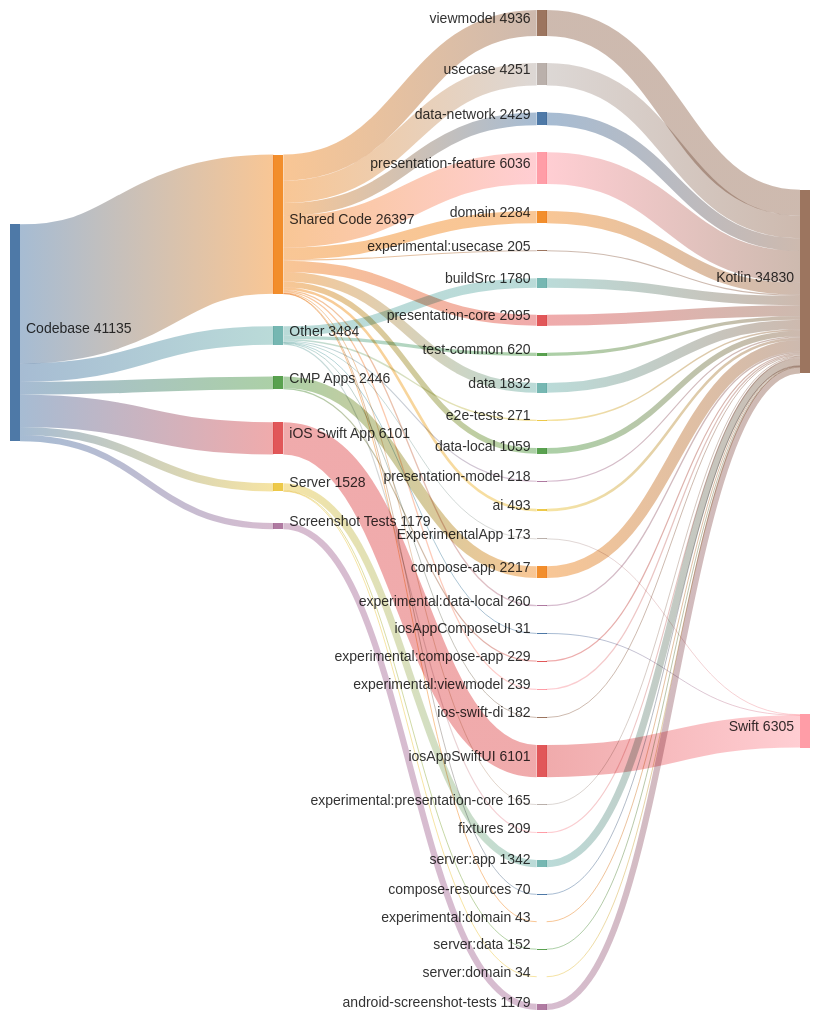
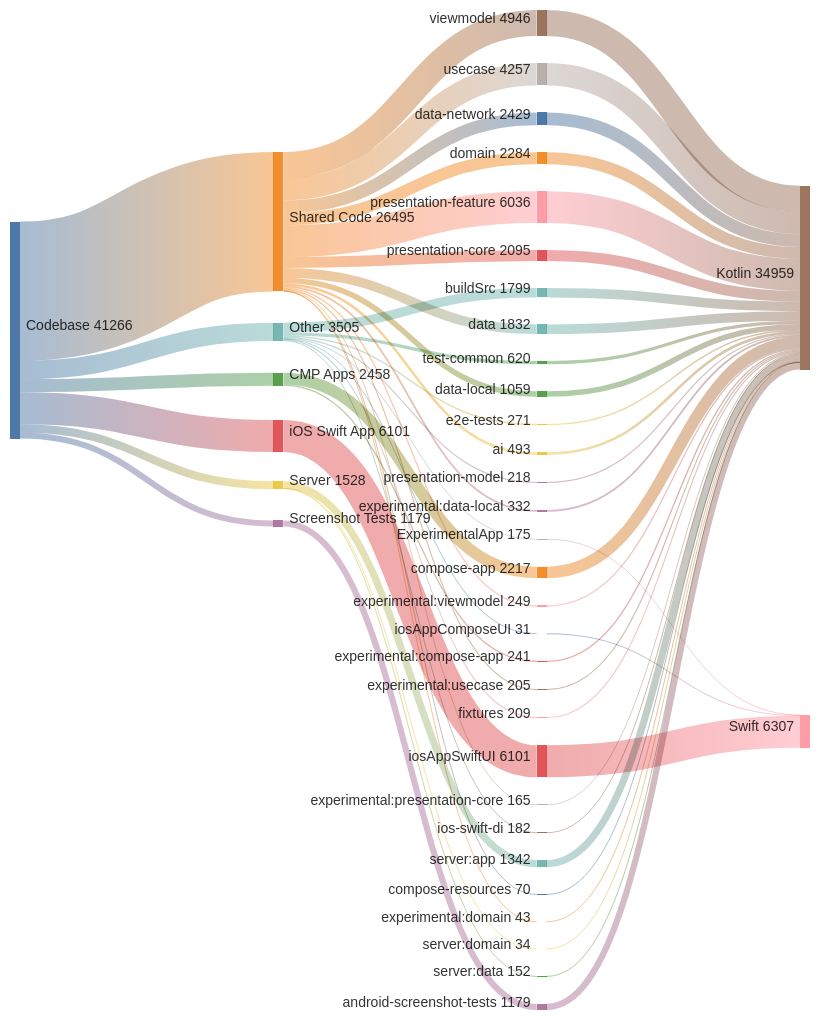
One commit to cartland/battery-butler changed the second of 2 diagrams in README.md. Above: the diagram before and after it, drawn with Mermaid. The commit also changed 2 other files, not shown here.

Commit message:
docs(generated): Regenerate architecture diagrams and analysis (#1004)

```diff
--- a/README.md
+++ b/README.md
@@ -213,24 +213,24 @@
 %% GENERATED FILE - DO NOT EDIT
 sankey-beta
 
-Codebase,Shared Code,26397
+Codebase,Shared Code,26495
 Codebase,iOS Swift App,6101
-Codebase,Other,3484
-Codebase,CMP Apps,2446
+Codebase,Other,3505
+Codebase,CMP Apps,2458
 Codebase,Server,1528
 Codebase,Screenshot Tests,1179
 
 Shared Code,presentation-feature,6036
-Shared Code,viewmodel,4936
-Shared Code,usecase,4251
+Shared Code,viewmodel,4946
+Shared Code,usecase,4257
 Shared Code,data-network,2429
 Shared Code,domain,2284
 Shared Code,presentation-core,2095
 Shared Code,data,1832
 Shared Code,data-local,1059
 Shared Code,ai,493
-Shared Code,experimental:data-local,260
-Shared Code,experimental:viewmodel,239
+Shared Code,experimental:data-local,332
+Shared Code,experimental:viewmodel,249
 Shared Code,experimental:usecase,205
 Shared Code,experimental:presentation-core,165
 Shared Code,compose-resources,70
@@ -238,17 +238,17 @@
 
 iOS Swift App,iosAppSwiftUI,6101
 
-Other,buildSrc,1780
+Other,buildSrc,1799
 Other,test-common,620
 Other,e2e-tests,271
 Other,presentation-model,218
 Other,fixtures,209
 Other,ios-swift-di,182
-Other,ExperimentalApp,173
+Other,ExperimentalApp,175
 Other,iosAppComposeUI,31
 
 CMP Apps,compose-app,2217
-CMP Apps,experimental:compose-app,229
+CMP Apps,experimental:compose-app,241
 
 Server,server:app,1342
 Server,server:data,152
@@ -258,28 +258,28 @@
 
 iosAppSwiftUI,Swift,6101
 presentation-feature,Kotlin,6036
-viewmodel,Kotlin,4936
-usecase,Kotlin,4251
+viewmodel,Kotlin,4946
+usecase,Kotlin,4257
 data-network,Kotlin,2429
 domain,Kotlin,2284
 compose-app,Kotlin,2217
 presentation-core,Kotlin,2095
 data,Kotlin,1832
-buildSrc,Kotlin,1780
+buildSrc,Kotlin,1799
 server:app,Kotlin,1342
 android-screenshot-tests,Kotlin,1179
 data-local,Kotlin,1059
 test-common,Kotlin,620
 ai,Kotlin,493
+experimental:data-local,Kotlin,332
 e2e-tests,Kotlin,271
-experimental:data-local,Kotlin,260
-experimental:viewmodel,Kotlin,239
-experimental:compose-app,Kotlin,229
+experimental:viewmodel,Kotlin,249
+experimental:compose-app,Kotlin,241
 presentation-model,Kotlin,218
 fixtures,Kotlin,209
 experimental:usecase,Kotlin,205
 ios-swift-di,Kotlin,182
-ExperimentalApp,Swift,173
+ExperimentalApp,Swift,175
 experimental:presentation-core,Kotlin,165
 server:data,Kotlin,152
 compose-resources,Kotlin,70
```
